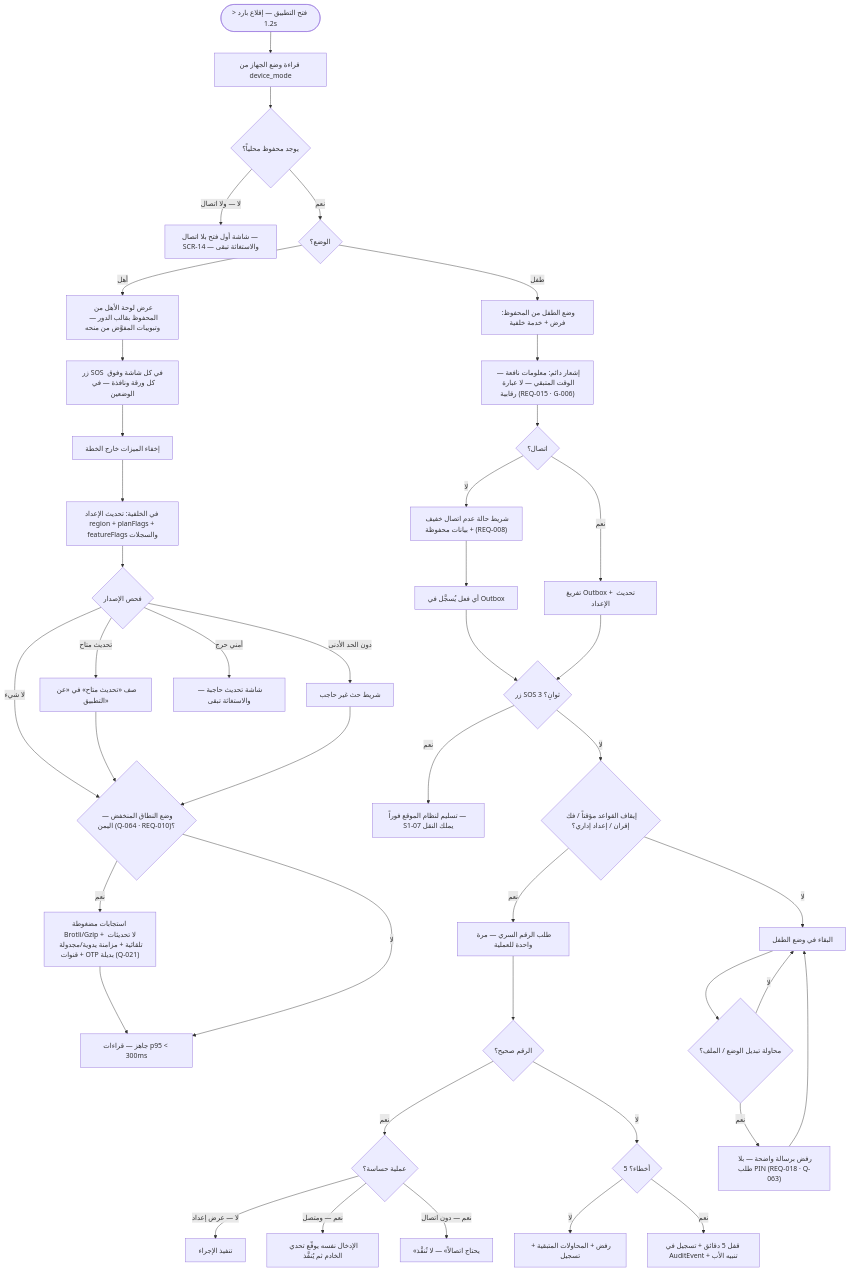
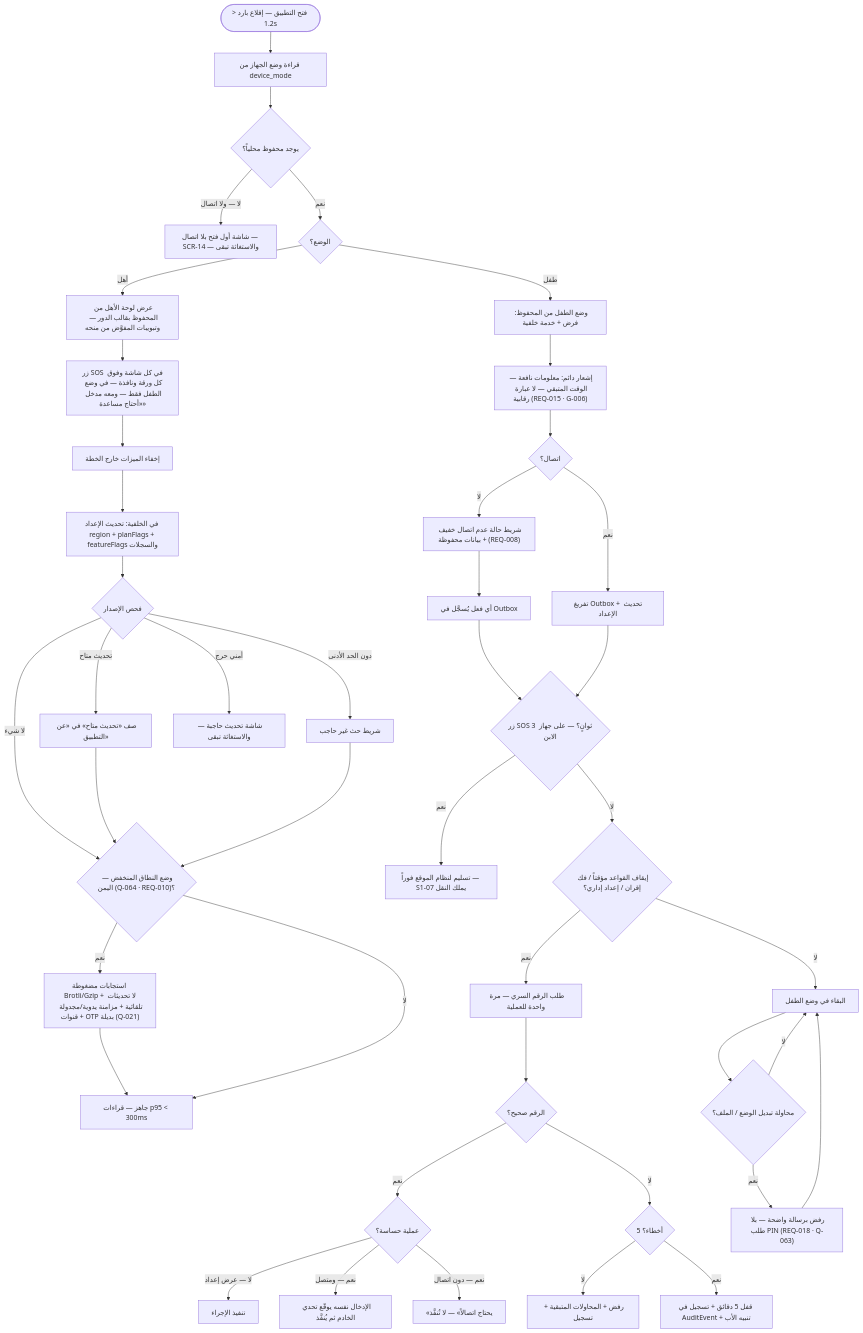
Before and after one commit to Bassam-mohammed-alqaeadi/family-os-v2: diagram 13 of 15 in docs/family-os/governance/phases/phase-1/S1-01-app-shell-and-platform/DIAGRAMS.md, drawn with Mermaid. The commit also changed other lines of this file and 22 other files, not shown here.

First line of the commit message:
docs(phase-1): redraw diagrams of the ten systems on the approved design (Q-428)

````diff
--- a/docs/family-os/governance/phases/phase-1/S1-01-app-shell-and-platform/DIAGRAMS.md
+++ b/docs/family-os/governance/phases/phase-1/S1-01-app-shell-and-platform/DIAGRAMS.md
@@ -460,45 +464,45 @@
 ```mermaid
 flowchart TD
     Start([فتح التطبيق — إقلاع بارد < 1.2s]) --> Read[قراءة وضع الجهاز من device_mode]
     Read --> Cached{يوجد محفوظ محلياً؟}
     Cached -->|لا — ولا اتصال| First[شاشة أول فتح بلا اتصال — SCR-14 — والاستغاثة تبقى]
     Cached -->|نعم| Mode{الوضع؟}
     Mode -->|أهل| Render[عرض لوحة الأهل من المحفوظ بقالب الدور — وتبويبات المفوَّض من منحه]
-    Render --> SOSp[زر SOS في كل شاشة وفوق كل ورقة ونافذة — في الوضعين]
+    Render --> SOSp[زر SOS في كل شاشة وفوق كل ورقة ونافذة — في وضع الطفل فقط — ومعه مدخل «أحتاج مساعدة»]
     SOSp --> Hide[إخفاء الميزات خارج الخطة]
     Hide --> Bg[في الخلفية: تحديث الإعداد region + planFlags + featureFlags والسجلات]
     Bg --> Ver{فحص الإصدار}
     Ver -->|تحديث متاح| VRow[صف «تحديث متاح» في «عن التطبيق»]
     Ver -->|دون الحد الأدنى| VBar[شريط حث غير حاجب]
     Ver -->|أمني حرج| VBlock[شاشة تحديث حاجبة — والاستغاثة تبقى]
     Ver -->|لا شيء| LowBW{"وضع النطاق المنخفض — اليمن (Q-064 · REQ-010)؟"}
     VRow --> LowBW
     VBar --> LowBW
     LowBW -->|نعم| Compress["استجابات مضغوطة Brotli/Gzip + لا تحديثات تلقائية + مزامنة يدوية/مجدولة + قنوات OTP بديلة (Q-021)"]
     Compress --> Ready[جاهز — قراءات p95 < 300ms]
     LowBW -->|لا| Ready
     Mode -->|طفل| Child[وضع الطفل من المحفوظ: فرض + خدمة خلفية]
     Child --> Notif["إشعار دائم: معلومات نافعة — الوقت المتبقي — لا عبارة رقابية (REQ-015 · G-006)"]
     Notif --> Conn{اتصال؟}
     Conn -->|لا| Banner["شريط حالة عدم اتصال خفيف + بيانات محفوظة (REQ-008)"]
     Banner --> Act[أي فعل يُسجَّل في Outbox]
     Conn -->|نعم| Sync[تفريغ Outbox + تحديث الإعداد]
-    Act --> SOS{زر SOS 3 ثوانٍ؟}
+    Act --> SOS{زر SOS 3 ثوانٍ؟ — على جهاز الابن}
     Sync --> SOS
     SOS -->|نعم| Send[تسليم لنظام الموقع فوراً — S1-07 يملك النقل]
     SOS -->|لا| Exit{إيقاف القواعد مؤقتاً / فك إقران / إعداد إداري؟}
     Exit -->|نعم| Gate[طلب الرقم السري — مرة واحدة للعملية]
     Gate --> Pin{الرقم صحيح؟}
     Pin -->|نعم| Sensitive{عملية حساسة؟}
     Sensitive -->|لا — عرض إعداد| Allow[تنفيذ الإجراء]
     Sensitive -->|نعم — ومتصل| Prove[الإدخال نفسه يوقّع تحدي الخادم ثم يُنفَّذ]
     Sensitive -->|نعم — دون اتصال| NeedNet[«يحتاج اتصالاً» — لا تُنفَّذ]
     Pin -->|لا| Count{5 أخطاء؟}
     Count -->|لا| Retry[رفض + المحاولات المتبقية + تسجيل]
     Count -->|نعم| Lock[قفل 5 دقائق + تسجيل في AuditEvent + تنبيه الأب]
     Exit -->|لا| Stay[البقاء في وضع الطفل]
     Stay --> Switch{محاولة تبديل الوضع / الملف؟}
     Switch -->|نعم| Refuse["رفض برسالة واضحة — بلا طلب PIN (REQ-018 · Q-063)"]
     Refuse --> Stay
     Switch -->|لا| Stay
 ```
````
